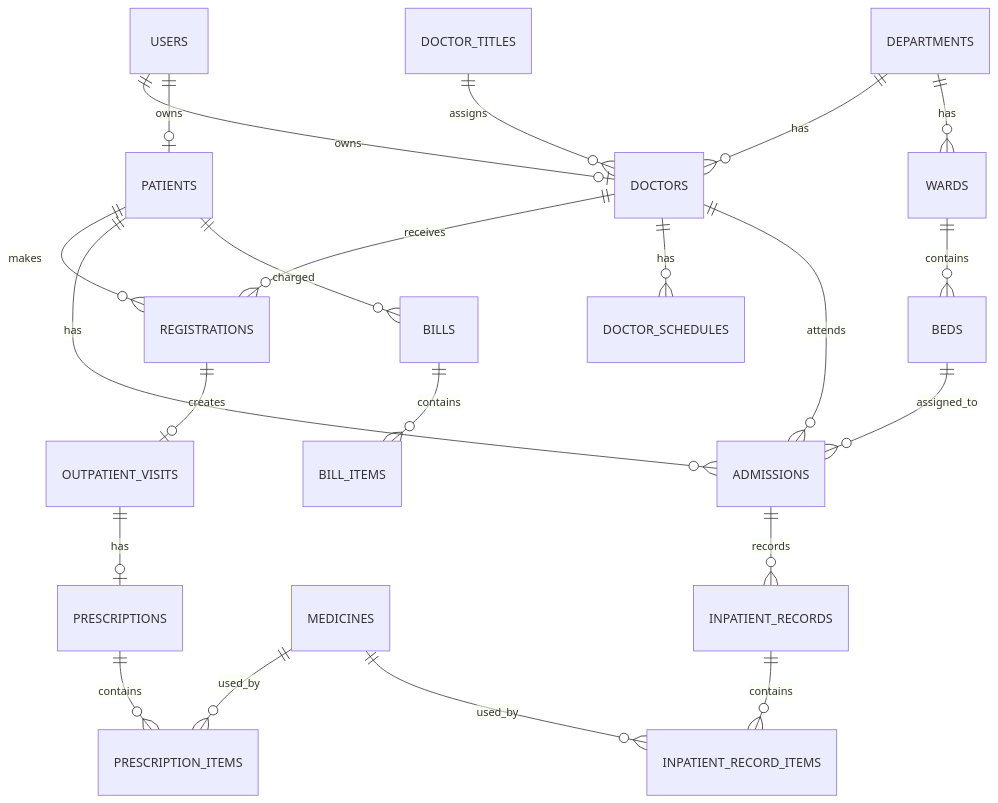
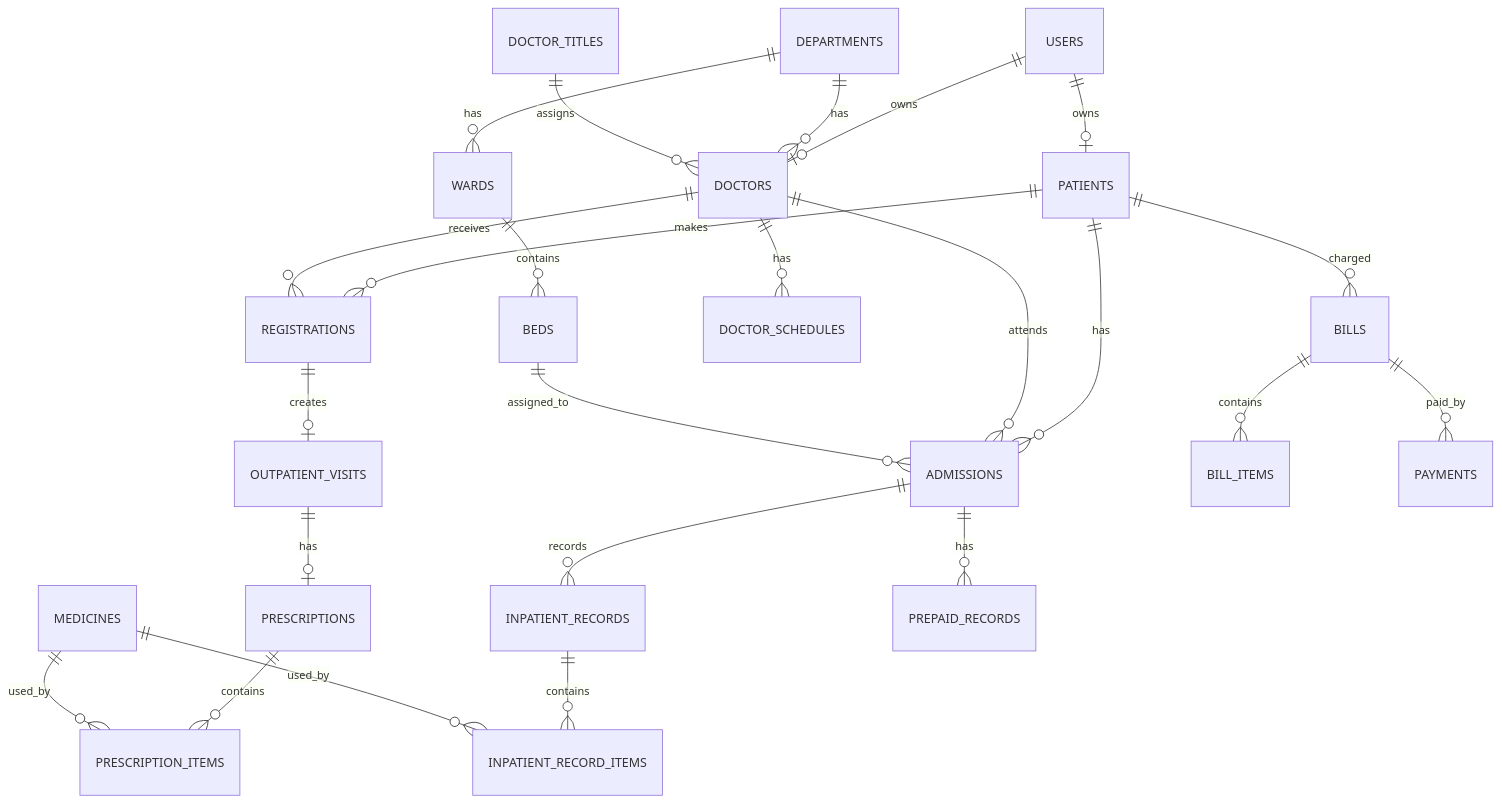
The diagram in doc/数据库设计文档.md (wonderful-sf/hospital-management-information-system), drawn with Mermaid before and after one commit. The commit also changed other lines of this file and 10 other files, not shown here.

````diff
--- a/doc/数据库设计文档.md
+++ b/doc/数据库设计文档.md
@@ -79,24 +81,26 @@
 ```mermaid
 erDiagram
     USERS ||--o| DOCTORS : owns
     USERS ||--o| PATIENTS : owns
     DEPARTMENTS ||--o{ DOCTORS : has
     DEPARTMENTS ||--o{ WARDS : has
     DOCTOR_TITLES ||--o{ DOCTORS : assigns
     WARDS ||--o{ BEDS : contains
     PATIENTS ||--o{ REGISTRATIONS : makes
     DOCTORS ||--o{ REGISTRATIONS : receives
     DOCTORS ||--o{ DOCTOR_SCHEDULES : has
     REGISTRATIONS ||--o| OUTPATIENT_VISITS : creates
     OUTPATIENT_VISITS ||--o| PRESCRIPTIONS : has
     PRESCRIPTIONS ||--o{ PRESCRIPTION_ITEMS : contains
     MEDICINES ||--o{ PRESCRIPTION_ITEMS : used_by
     PATIENTS ||--o{ ADMISSIONS : has
     DOCTORS ||--o{ ADMISSIONS : attends
     BEDS ||--o{ ADMISSIONS : assigned_to
     ADMISSIONS ||--o{ INPATIENT_RECORDS : records
     INPATIENT_RECORDS ||--o{ INPATIENT_RECORD_ITEMS : contains
     MEDICINES ||--o{ INPATIENT_RECORD_ITEMS : used_by
     PATIENTS ||--o{ BILLS : charged
     BILLS ||--o{ BILL_ITEMS : contains
+    BILLS ||--o{ PAYMENTS : paid_by
+    ADMISSIONS ||--o{ PREPAID_RECORDS : has
 ```
````
